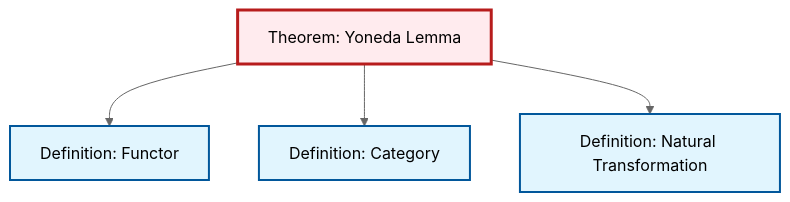
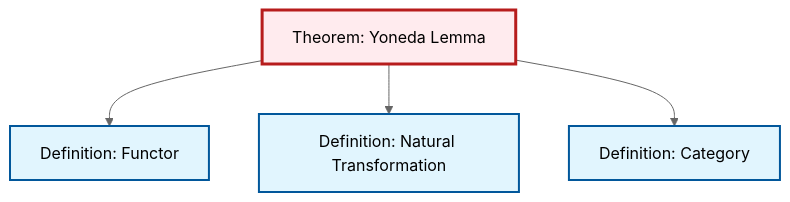
One commit to RK0429/ModernMath changed the diagram in content/en/category-theory/thm-yoneda.qmd. Above: the diagram before and after it, drawn with Mermaid (neutral theme). The commit also changed other lines of this file and 417 other files, not shown here.

````diff
--- a/content/en/category-theory/thm-yoneda.qmd
+++ b/content/en/category-theory/thm-yoneda.qmd
@@ -88,20 +88,20 @@
 ```{mermaid}
 %%| fig-cap: "Local dependency graph"
 graph TD
     classDef definition fill:#e1f5fe,stroke:#01579b,stroke-width:2px
     classDef theorem fill:#f3e5f5,stroke:#4a148c,stroke-width:2px
     classDef axiom fill:#fff3e0,stroke:#e65100,stroke-width:2px
     classDef example fill:#e8f5e9,stroke:#1b5e20,stroke-width:2px
     classDef current fill:#ffebee,stroke:#b71c1c,stroke-width:3px
+    def-category["Definition: Category"]:::definition
+    def-functor["Definition: Functor"]:::definition
     thm-yoneda["Theorem: Yoneda Lemma"]:::theorem
     def-natural-transformation["Definition: Natural Transformation"]:::definition
-    def-category["Definition: Category"]:::definition
-    def-functor["Definition: Functor"]:::definition
     thm-yoneda --> def-functor
+    thm-yoneda --> def-natural-transformation
     thm-yoneda --> def-category
-    thm-yoneda --> def-natural-transformation
     class thm-yoneda current
-    click def-natural-transformation "def-natural-transformation.html" "Go to Natural Transformation definition"
     click def-category "def-category.html" "Go to Category definition"
     click def-functor "def-functor.html" "Go to Functor definition"
+    click def-natural-transformation "def-natural-transformation.html" "Go to Natural Transformation definition"
 ```
````
